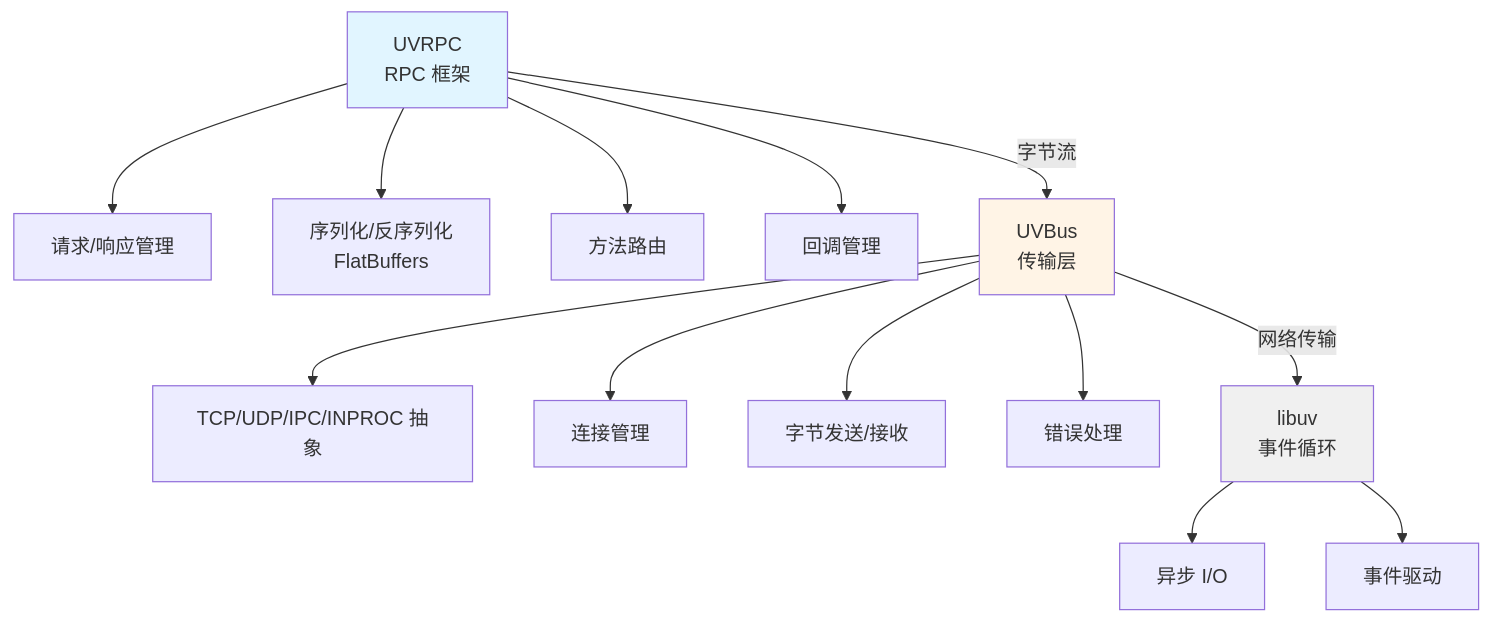
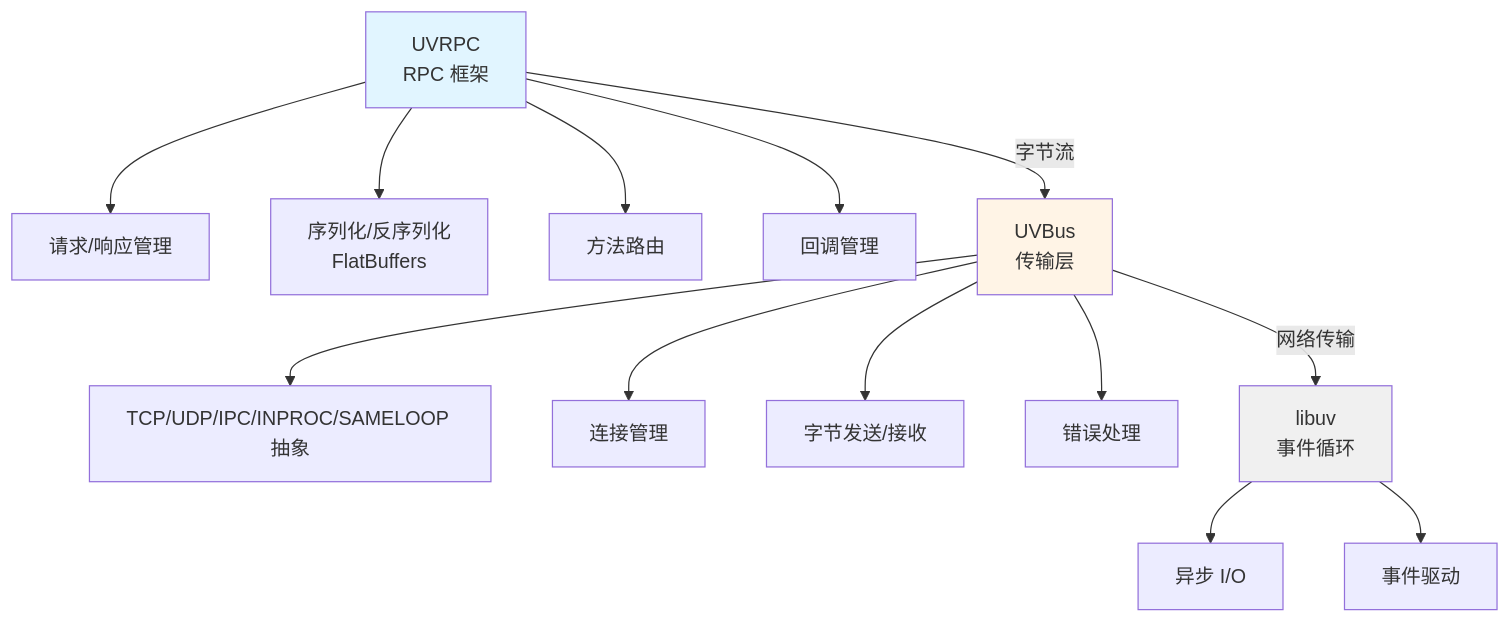
One commit to adam-ikari/uvrpc changed the diagram in docs/architecture/index.md. Above: the diagram before and after it, drawn with Mermaid. The commit also changed other lines of this file and 19 other files, not shown here.

````diff
--- a/docs/architecture/index.md
+++ b/docs/architecture/index.md
@@ -20,21 +20,21 @@
 ```mermaid
 graph TD
     A[UVRPC<br/>RPC 框架] --> A1[请求/响应管理]
     A --> A2[序列化/反序列化<br/>FlatBuffers]
     A --> A3[方法路由]
     A --> A4[回调管理]
     
     A -->|字节流| B[UVBus<br/>传输层]
-    B --> B1[TCP/UDP/IPC/INPROC 抽象]
+    B --> B1[TCP/UDP/IPC/INPROC/SAMELOOP 抽象]
     B --> B2[连接管理]
     B --> B3[字节发送/接收]
     B --> B4[错误处理]
     
     B -->|网络传输| C[libuv<br/>事件循环]
     C --> C1[异步 I/O]
     C --> C2[事件驱动]
     
     style A fill:#e1f5ff
     style B fill:#fff4e6
     style C fill:#f0f0f0
 ```
````
